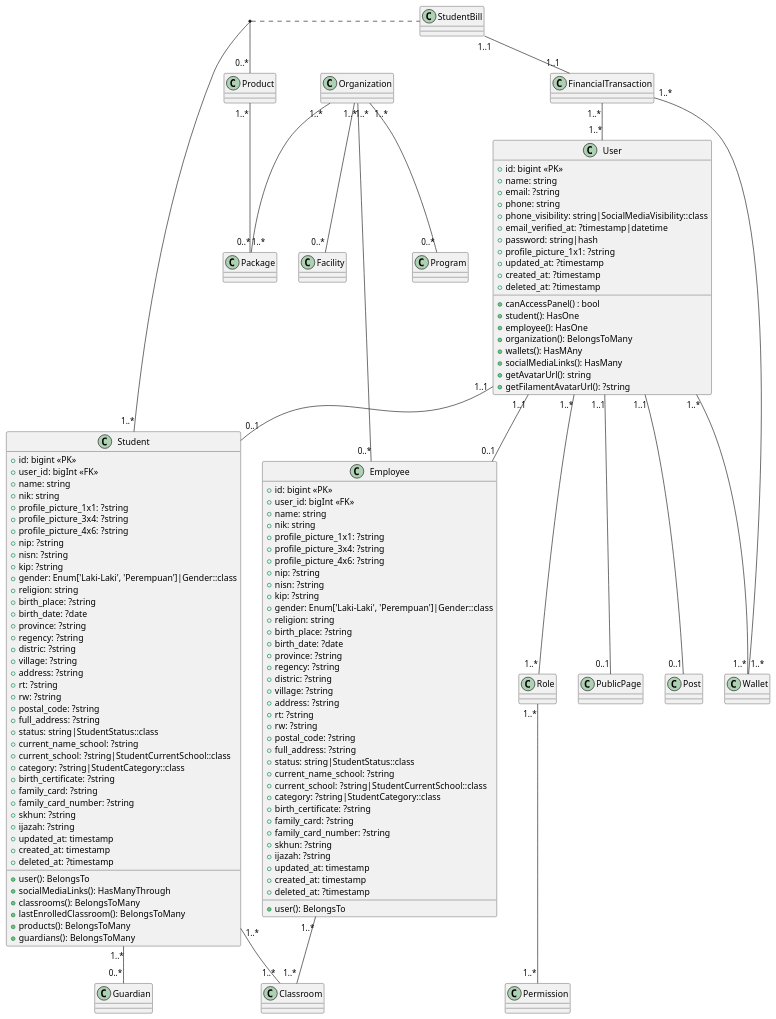
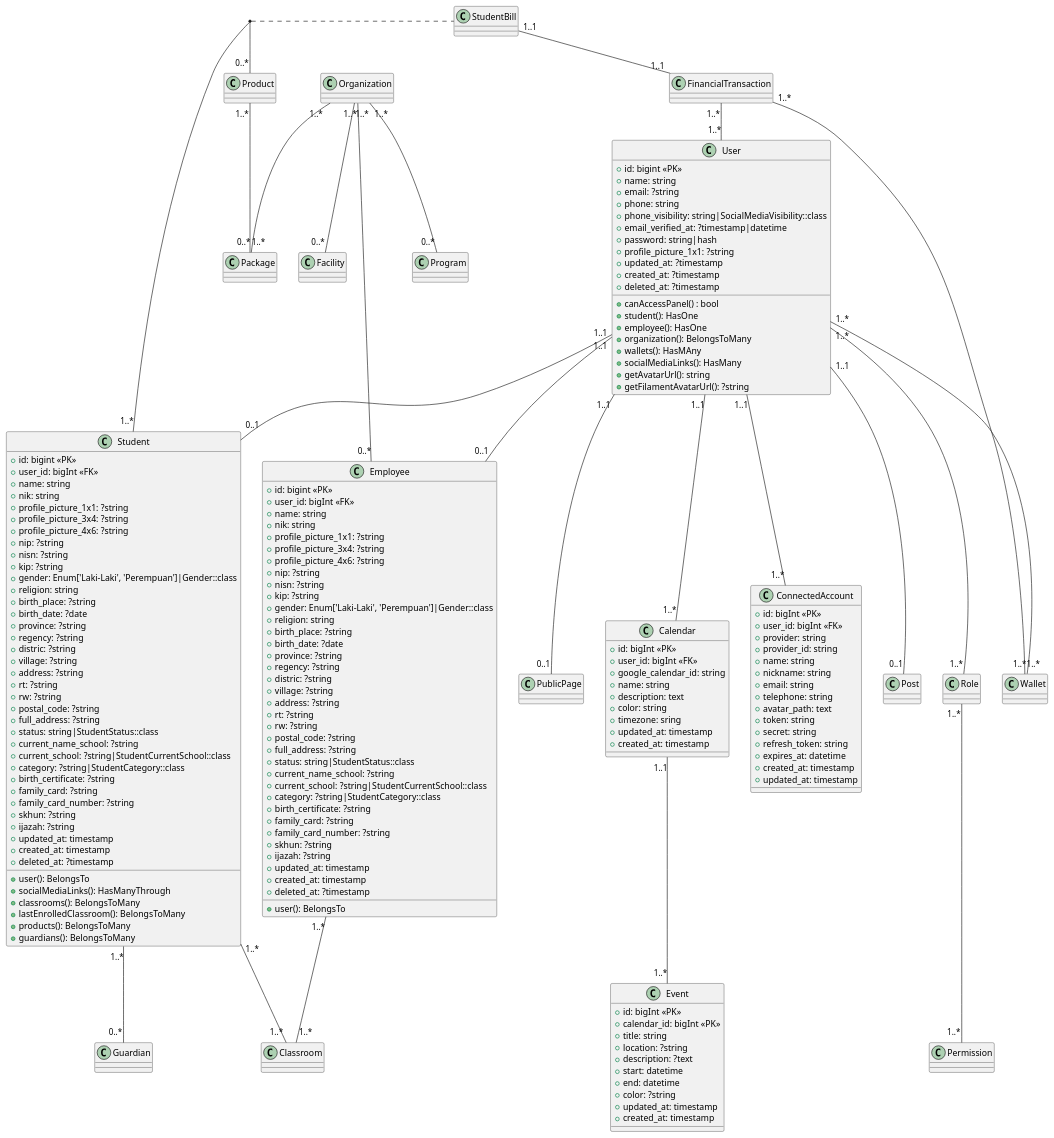
One commit to lyrihkaesa/laravel-pondok-mbodo changed the diagram in docs/uml/class-diagram.puml. Above: the diagram before and after it, drawn with PlantUML.

Commit message:
docs: class diagram `Calendar` `Event` `ConnectedAccount` #29 #31

```diff
--- a/docs/uml/class-diagram.puml
+++ b/docs/uml/class-diagram.puml
@@ -168,12 +168,59 @@
 
 }
 
+class Calendar {
+    + id: bigInt <<PK>>
+    + user_id: bigInt <<FK>>
+    + google_calendar_id: string
+    + name: string
+    + description: text
+    + color: string
+    + timezone: sring
+    + updated_at: timestamp
+    + created_at: timestamp
+}
+
+class Event {
+    + id: bigInt <<PK>>
+    + calendar_id: bigInt <<PK>>
+    + title: string
+    + location: ?string
+    + description: ?text
+    + start: datetime
+    + end: datetime
+    + color: ?string
+    + updated_at: timestamp
+    + created_at: timestamp
+}
+
+class ConnectedAccount {
+    + id: bigInt <<PK>>
+    + user_id: bigInt <<FK>>
+    + provider: string
+    + provider_id: string
+    + name: string
+    + nickname: string
+    + email: string
+    + telephone: string
+    + avatar_path: text
+    + token: string
+    + secret: string
+    + refresh_token: string
+    + expires_at: datetime
+    + created_at: timestamp
+    + updated_at: timestamp
+}
+
 User "1..1" -- "0..1" Student
 User "1..1" -- "0..1" Employee
 User "1..*" -- "1..*" Wallet
 User "1..1" -- "0..1" Post
 User "1..1" -- "0..1" PublicPage
 User "1..*" -- "1..*" Role
+
+User "1..1" -- "1..*" Calendar
+User "1..1" -- "1..*" ConnectedAccount
+Calendar "1..1" -- "1..*" Event
 
 Role "1..*" -- "1..*" Permission
 
```
